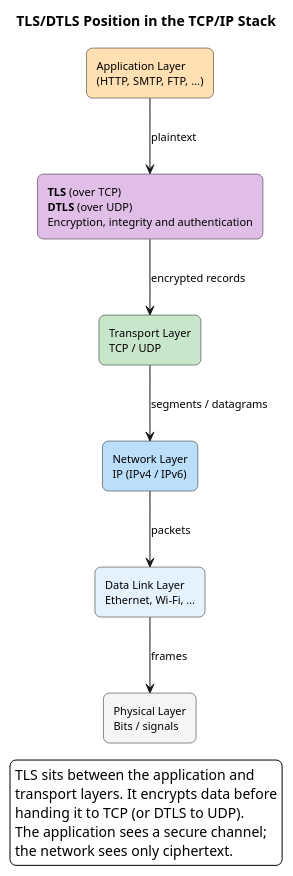
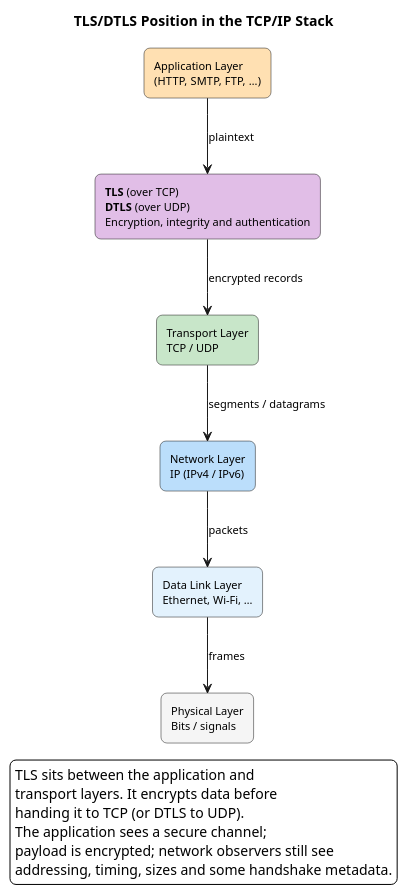
Before and after one commit to antonioclim/COMPNET-EN: the diagram in 03_LECTURES/C08/assets/puml/fig-tls-stack.puml, drawn with PlantUML. The commit also changed 551 other files, not shown here.

```diff
--- a/03_LECTURES/C08/assets/puml/fig-tls-stack.puml
+++ b/03_LECTURES/C08/assets/puml/fig-tls-stack.puml
@@ -1,35 +1,36 @@
 @startuml fig-tls-stack
 skinparam backgroundColor white
 skinparam defaultFontName Arial
 skinparam defaultFontSize 11
 skinparam shadowing false
 skinparam roundcorner 12
 
 title TLS/DTLS Position in the TCP/IP Stack
 
 rectangle "Application Layer\n(HTTP, SMTP, FTP, …)" as app #FFE0B2
 
 rectangle "**TLS** (over TCP)\n**DTLS** (over UDP)\nEncryption, integrity and authentication" as tls #E1BEE7
 
 rectangle "Transport Layer\nTCP / UDP" as transport #C8E6C9
 
 rectangle "Network Layer\nIP (IPv4 / IPv6)" as network #BBDEFB
 
 rectangle "Data Link Layer\nEthernet, Wi-Fi, …" as link #E3F2FD
 
 rectangle "Physical Layer\nBits / signals" as phys #F5F5F5
 
 app -down-> tls : plaintext
 tls -down-> transport : encrypted records
 transport -down-> network : segments / datagrams
 network -down-> link : packets
 link -down-> phys : frames
 
 legend right
   TLS sits between the application and
   transport layers. It encrypts data before
   handing it to TCP (or DTLS to UDP).
   The application sees a secure channel;
-  the network sees only ciphertext.
+  payload is encrypted; network observers still see
+  addressing, timing, sizes and some handshake metadata.
 endlegend
 @enduml
```
